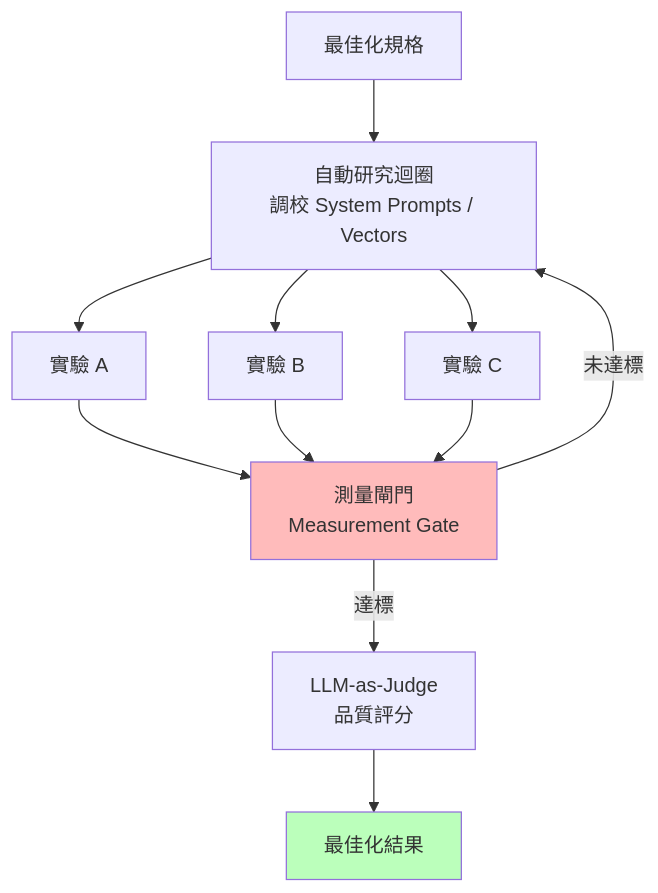
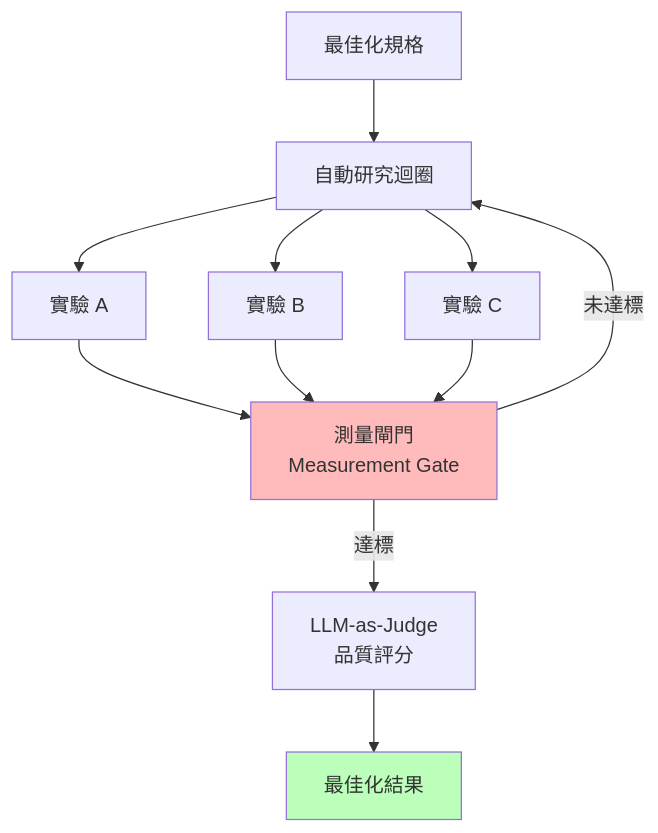
The seventh of 14 diagrams in content/posts/教學/AI開發/Compound Engineering 教學手冊.md (chihhung/Blog), drawn with Mermaid before and after one commit. The commit also changed other lines of this file and 22 other files, not shown here.

````diff
--- a/content/posts/教學/AI開發/Compound Engineering 教學手冊.md
+++ b/content/posts/教學/AI開發/Compound Engineering 教學手冊.md
@@ -990,16 +1021,16 @@
 ```mermaid
 graph TD
-    SPEC[最佳化規格] --> RESEARCH[自動研究迴圈<br/>調校 System Prompts / Vectors]
+    SPEC[最佳化規格] --> RESEARCH[自動研究迴圈]
     RESEARCH --> EXP1[實驗 A]
     RESEARCH --> EXP2[實驗 B]
     RESEARCH --> EXP3[實驗 C]
     EXP1 --> GATE[測量閘門<br/>Measurement Gate]
     EXP2 --> GATE
     EXP3 --> GATE
     GATE -->|未達標| RESEARCH
     GATE -->|達標| JUDGE[LLM-as-Judge<br/>品質評分]
     JUDGE --> RESULT[最佳化結果]
 
     style GATE fill:#fbb
     style RESULT fill:#bfb
 ```
````
